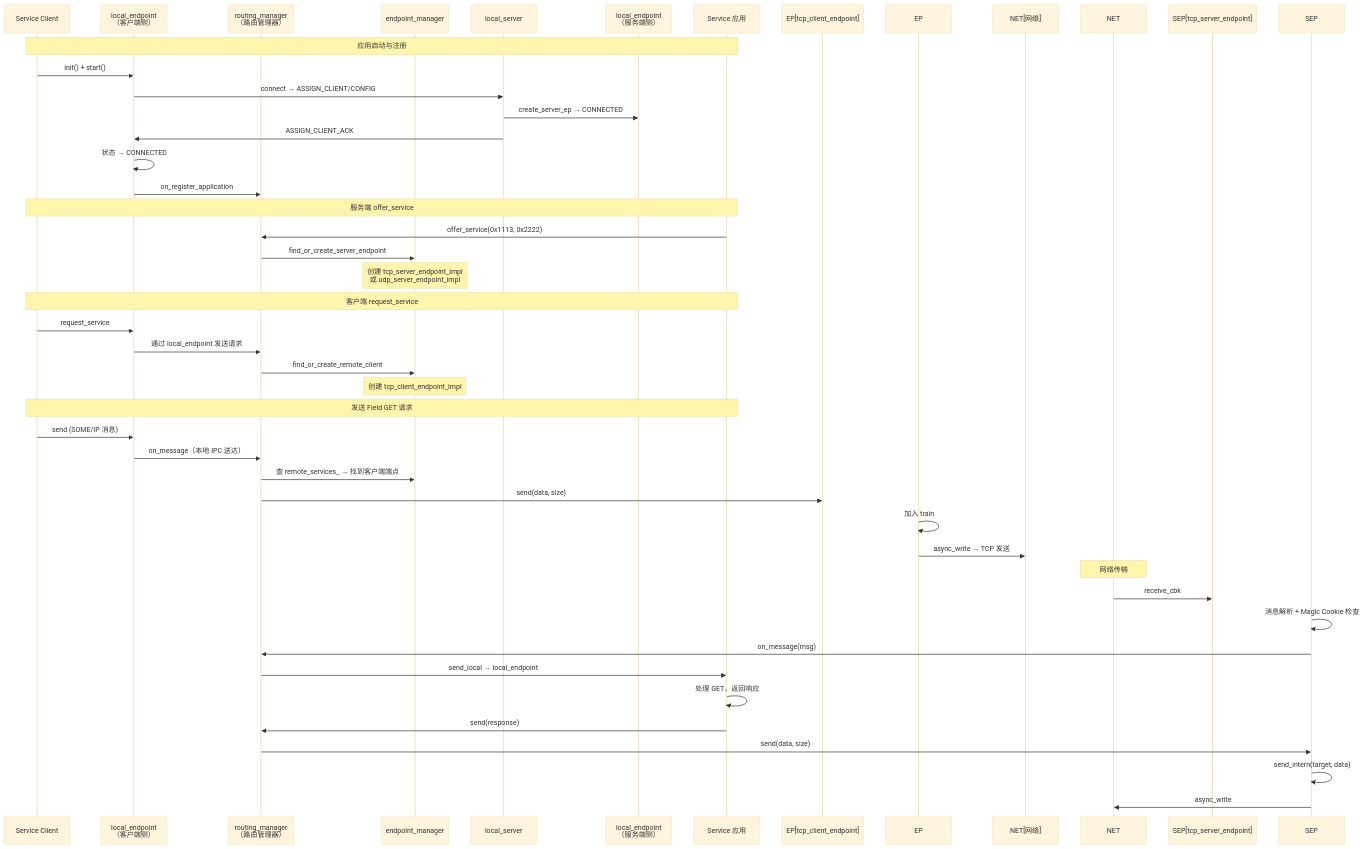
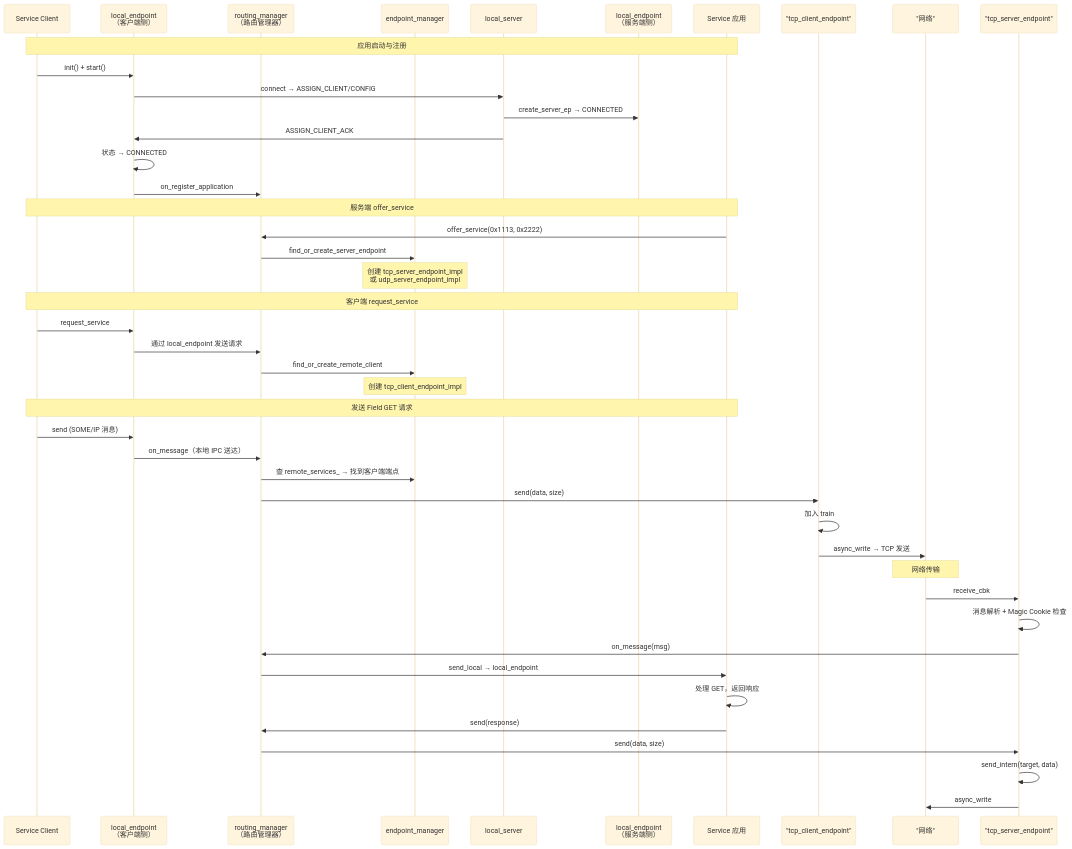
Before and after one commit to zhuhairong/vsomeip: diagram 21 of 21 in zhr/readme_ep.md, drawn with Mermaid (base theme). The commit also changed other lines of this file, not shown here.

````diff
--- a/zhr/readme_ep.md
+++ b/zhr/readme_ep.md
@@ -866,49 +872,52 @@
 ```mermaid
 sequenceDiagram
     participant SC as Service Client
     participant LEC as local_endpoint<br/>（客户端侧）
     participant RMR as routing_manager<br/>（路由管理器）
     participant EMI as endpoint_manager
     participant S as local_server
     participant LES as local_endpoint<br/>（服务端侧）
     participant SR as Service 应用
+    participant EP as "tcp_client_endpoint"
+    participant NET as "网络"
+    participant SEP as "tcp_server_endpoint"
 
     Note over SC,SR: 应用启动与注册
     SC->>LEC: init() + start()
     LEC->>S: connect → ASSIGN_CLIENT/CONFIG
     S->>LES: create_server_ep → CONNECTED
     S->>LEC: ASSIGN_CLIENT_ACK
     LEC->>LEC: 状态 → CONNECTED
     LEC->>RMR: on_register_application
 
     Note over SC,SR: 服务端 offer_service
     SR->>RMR: offer_service(0x1113, 0x2222)
     RMR->>EMI: find_or_create_server_endpoint
     Note over EMI: 创建 tcp_server_endpoint_impl<br/>或 udp_server_endpoint_impl
 
     Note over SC,SR: 客户端 request_service
     SC->>LEC: request_service
     LEC->>RMR: 通过 local_endpoint 发送请求
     RMR->>EMI: find_or_create_remote_client
     Note over EMI: 创建 tcp_client_endpoint_impl
 
     Note over SC,SR: 发送 Field GET 请求
     SC->>LEC: send (SOME/IP 消息)
     LEC->>RMR: on_message（本地 IPC 送达）
     RMR->>EMI: 查 remote_services_ → 找到客户端端点
-    RMR->>EP[tcp_client_endpoint]: send(data, size)
+    RMR->>EP: send(data, size)
     EP->>EP: 加入 train
-    EP->>NET[网络]: async_write → TCP 发送
+    EP->>NET: async_write → TCP 发送
 
     Note over NET: 网络传输
 
-    NET->>SEP[tcp_server_endpoint]: receive_cbk
+    NET->>SEP: receive_cbk
     SEP->>SEP: 消息解析 + Magic Cookie 检查
     SEP->>RMR: on_message(msg)
     RMR->>SR: send_local → local_endpoint
     SR->>SR: 处理 GET，返回响应
     SR->>RMR: send(response)
     RMR->>SEP: send(data, size)
     SEP->>SEP: send_intern(target, data)
     SEP->>NET: async_write
 ```
````
